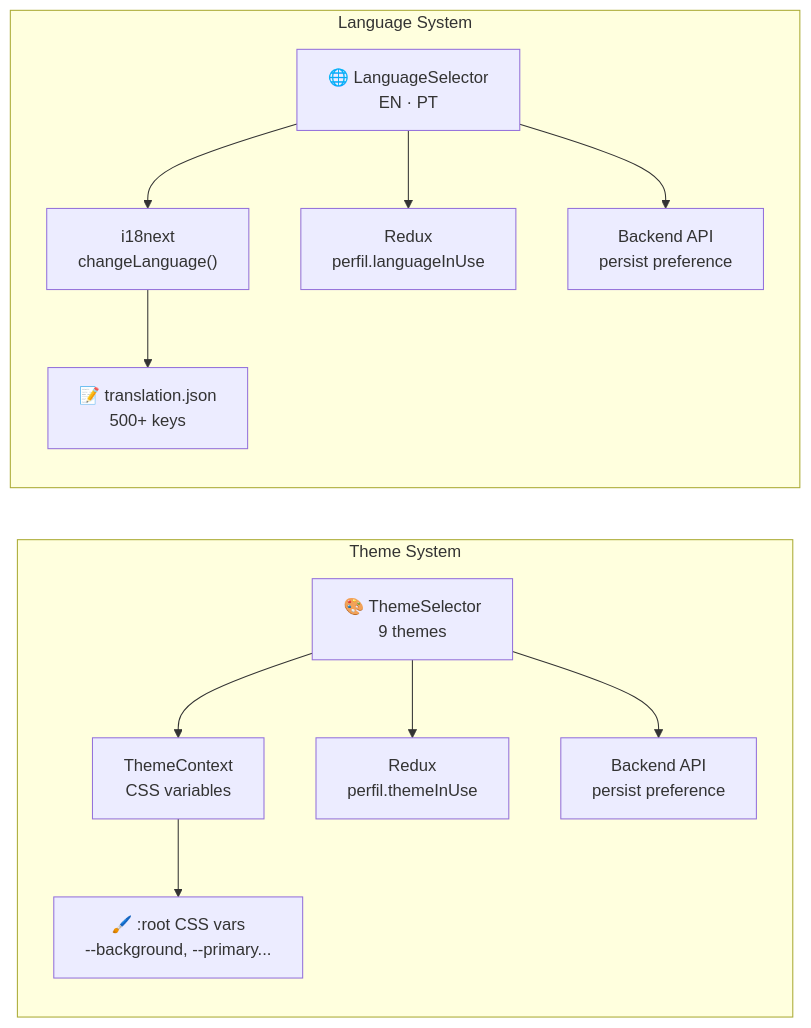
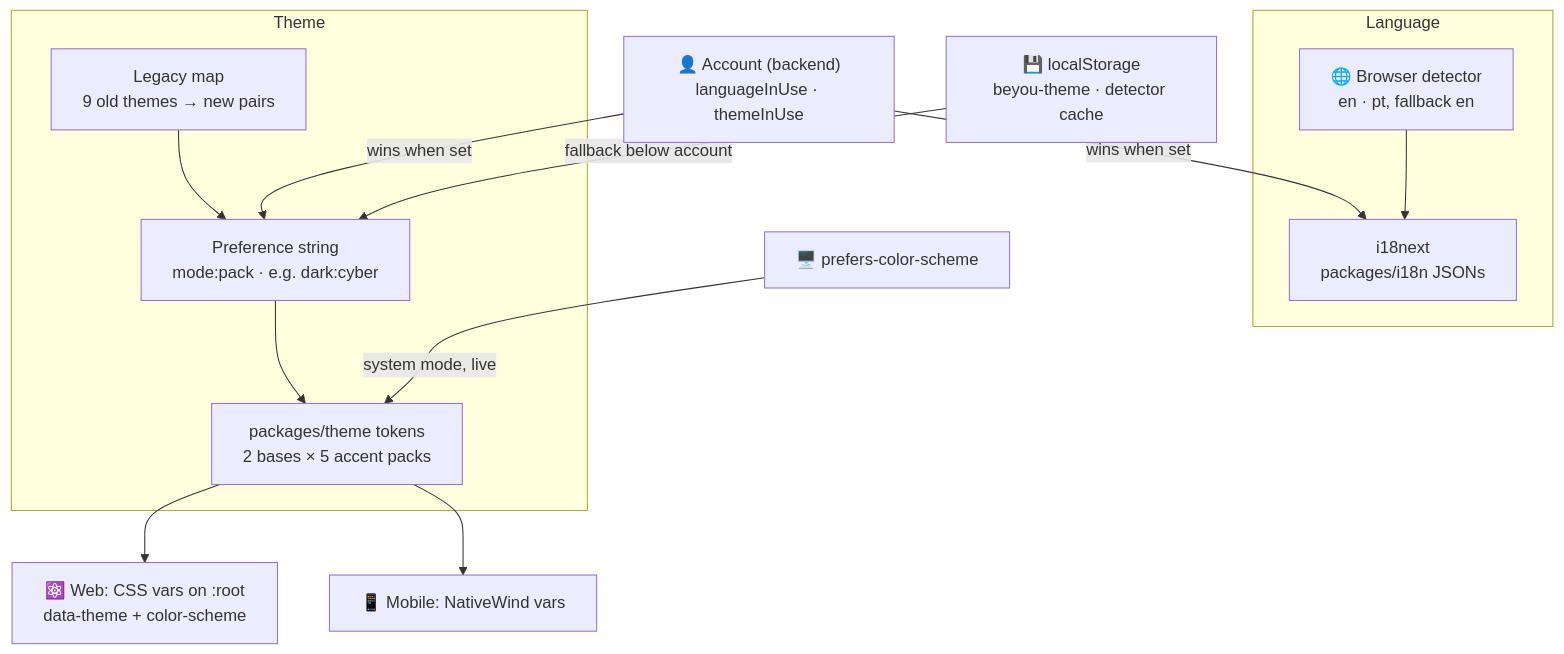
The diagram in architecture/language-theme/diagram.mmd (AndDev741/Beyou-arch-design), drawn with Mermaid before and after one commit. The commit also changed 7 other files, not shown here.

First line of the commit message:
docs(architecture): language-theme and ui-security match the shipped code

```diff
--- a/architecture/language-theme/diagram.mmd
+++ b/architecture/language-theme/diagram.mmd
@@ -1,16 +1,25 @@
-flowchart LR
-  subgraph "Theme System"
-    TS["🎨 ThemeSelector<br/>9 themes"]
-    TS --> CTX["ThemeContext<br/>CSS variables"]
-    TS --> RDX["Redux<br/>perfil.themeInUse"]
-    TS --> API["Backend API<br/>persist preference"]
-    CTX --> CSS["🖌️ :root CSS vars<br/>--background, --primary..."]
+flowchart TD
+  subgraph lang["Language"]
+    DET["🌐 Browser detector<br/>en · pt, fallback en"]
+    I18N["i18next<br/>packages/i18n JSONs"]
+    DET --> I18N
   end
 
-  subgraph "Language System"
-    LS["🌐 LanguageSelector<br/>EN · PT"]
-    LS --> I18N["i18next<br/>changeLanguage()"]
-    LS --> RDX2["Redux<br/>perfil.languageInUse"]
-    LS --> API2["Backend API<br/>persist preference"]
-    I18N --> TRANS["📝 translation.json<br/>500+ keys"]
+  subgraph theme["Theme"]
+    PREF["Preference string<br/>mode:pack · e.g. dark:cyber"]
+    TOK["packages/theme tokens<br/>2 bases × 5 accent packs"]
+    LEG["Legacy map<br/>9 old themes → new pairs"]
+    PREF --> TOK
+    LEG --> PREF
   end
+
+  ACC["👤 Account (backend)<br/>languageInUse · themeInUse"]
+  LOC["💾 localStorage<br/>beyou-theme · detector cache"]
+
+  ACC -->|"wins when set"| I18N
+  ACC -->|"wins when set"| PREF
+  LOC -->|"fallback below account"| PREF
+
+  TOK --> WEB["⚛️ Web: CSS vars on :root<br/>data-theme + color-scheme"]
+  TOK --> MOB["📱 Mobile: NativeWind vars"]
+  OS["🖥️ prefers-color-scheme"] -->|"system mode, live"| TOK
```
